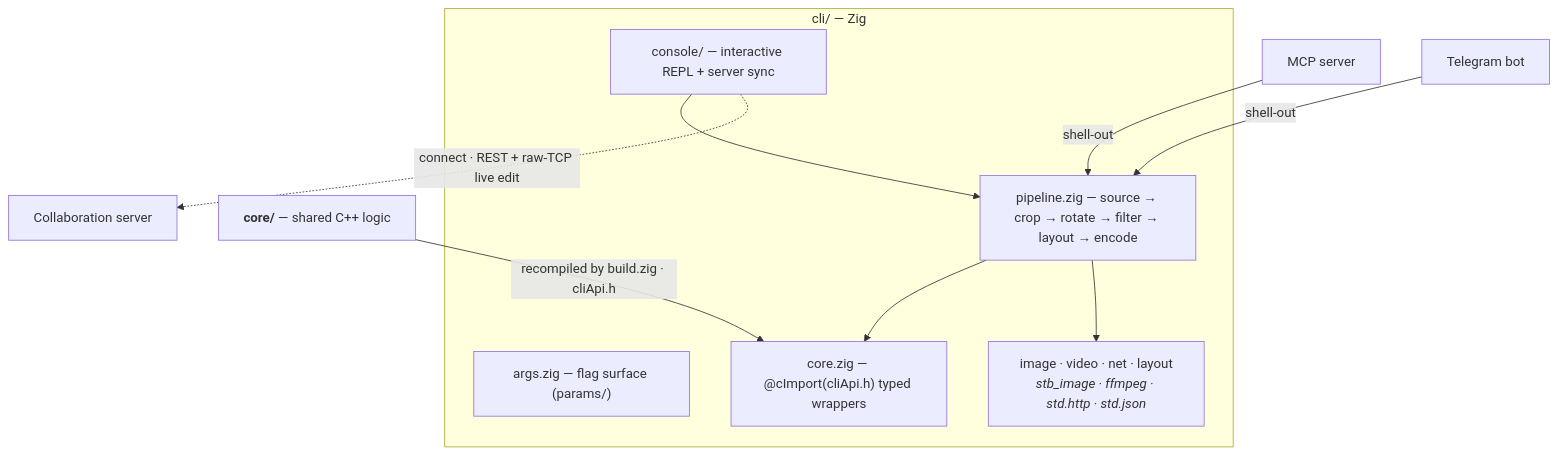
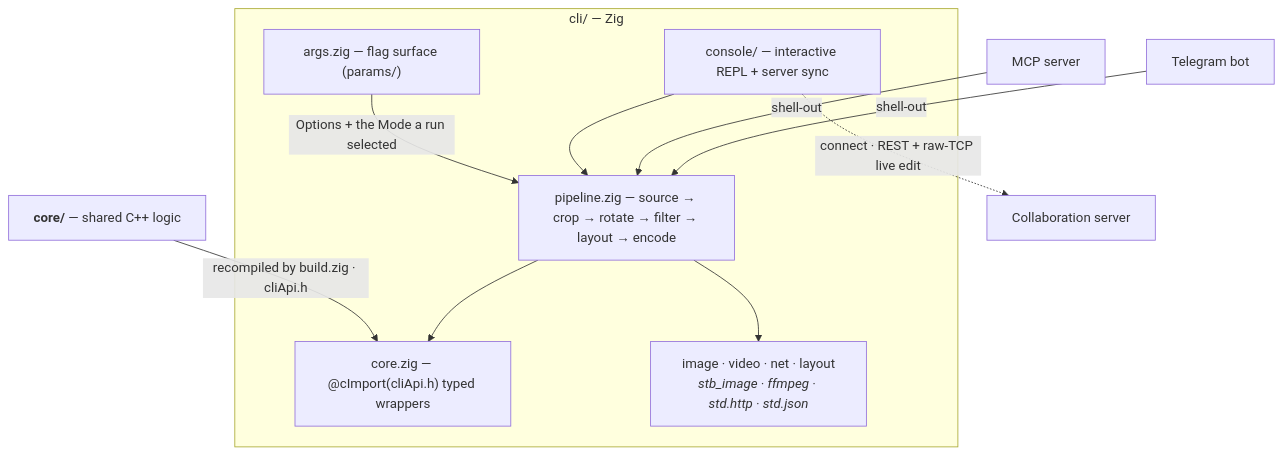
One commit to andrew1407/stencil changed the diagram in cli/README.md. Above: the diagram before and after it, drawn with Mermaid. The commit also changed other lines of this file and 5 other files, not shown here.

````diff
--- a/cli/README.md
+++ b/cli/README.md
@@ -16,22 +16,23 @@
 ```mermaid
 graph TD
     CORE["<b>core/</b> — shared C++ logic"]
     subgraph CLIP["cli/ — Zig"]
       ARGS["args.zig — flag surface (params/)"]
       PIPE["pipeline.zig — source → crop → rotate → filter → layout → encode"]
       COREZ["core.zig — @cImport(cliApi.h) typed wrappers"]
       IO["image · video · net · layout<br/><i>stb_image · ffmpeg · std.http · std.json</i>"]
       REPL["console/ — interactive REPL + server sync"]
     end
     SRV["Collaboration server"]
     MCP["MCP server"]
     BOT["Telegram bot"]
 
     CORE -->|"recompiled by build.zig · cliApi.h"| COREZ
+    ARGS -->|"Options + the Mode a run selected"| PIPE
     PIPE --> COREZ
     PIPE --> IO
     REPL --> PIPE
     REPL -.->|"connect · REST + raw-TCP live edit"| SRV
     MCP -->|"shell-out"| PIPE
     BOT -->|"shell-out"| PIPE
 ```
````
